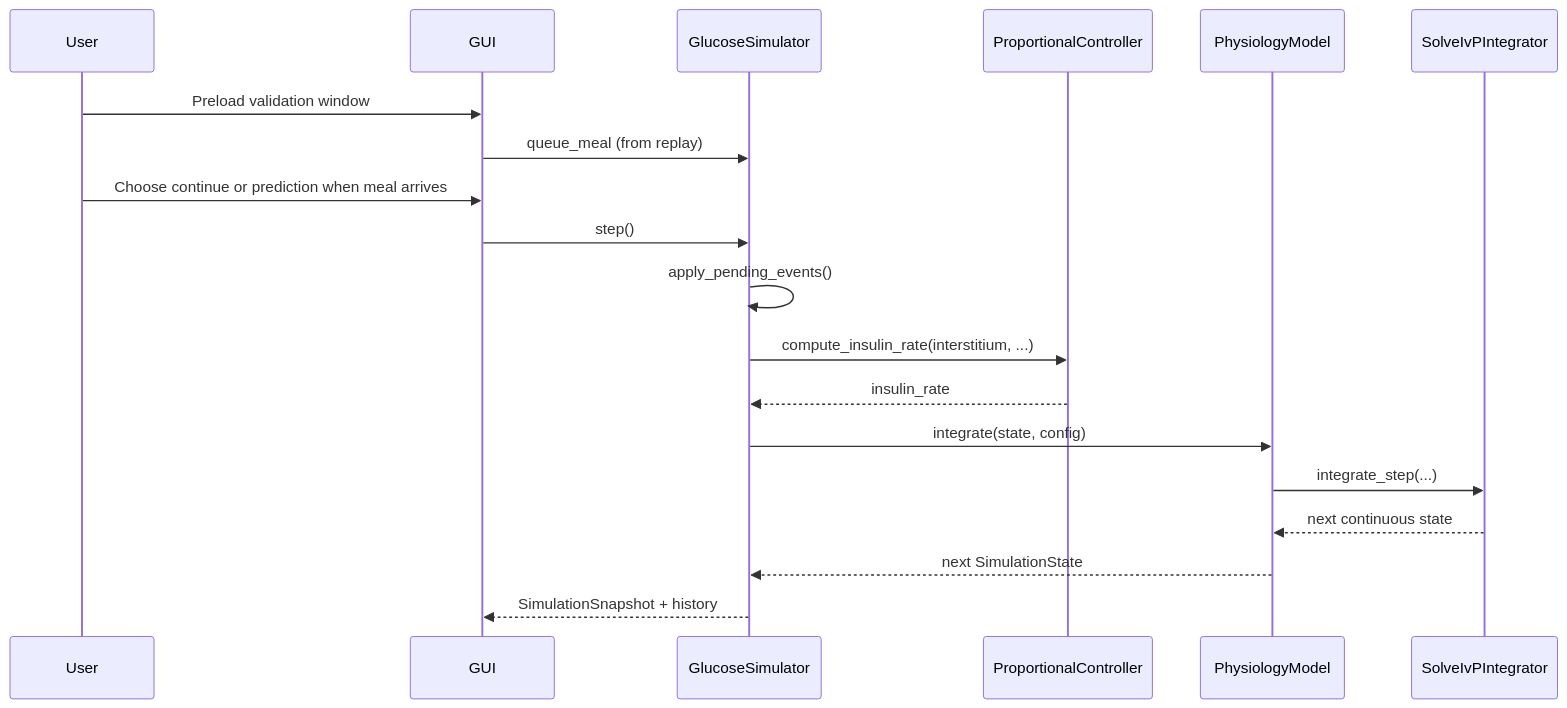
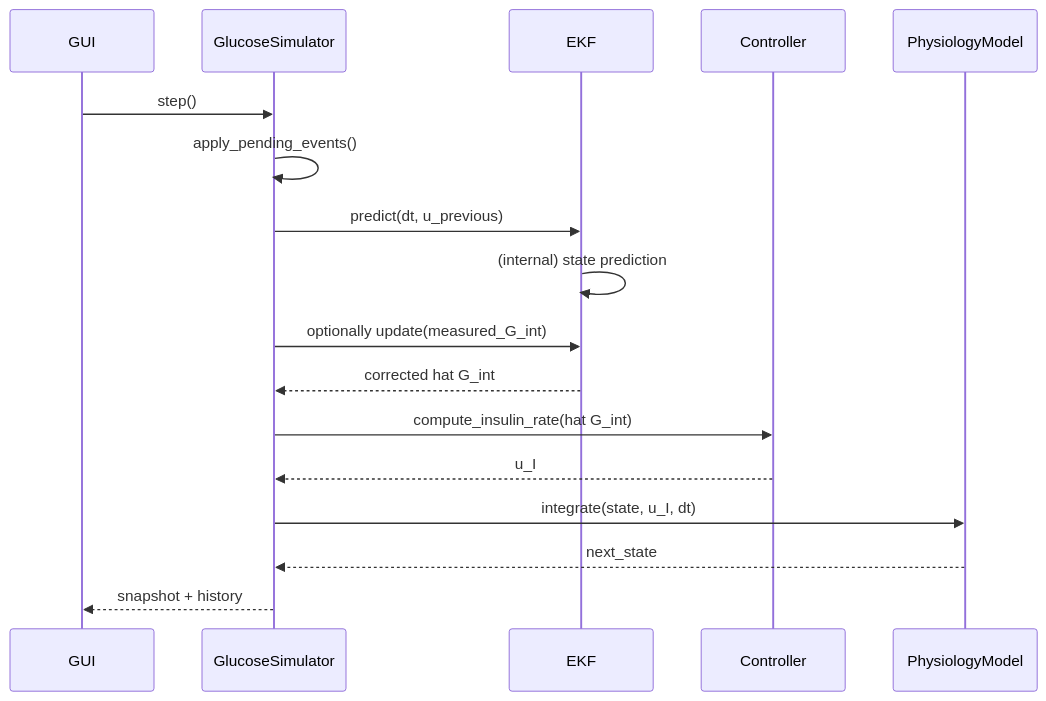
One commit to listi634/DT_BloodSugar_Insulin_Team1 changed the diagram in project_files/simulation_summary.md. Above: the diagram before and after it, drawn with Mermaid. The commit also changed other lines of this file and 5 other files, not shown here.

````diff
--- a/project_files/simulation_summary.md
+++ b/project_files/simulation_summary.md
@@ -101,22 +44,20 @@
 ```mermaid
 sequenceDiagram
-    participant User
-    participant GUI
-    participant Sim as GlucoseSimulator
-    participant Ctrl as ProportionalController
-    participant Model as PhysiologyModel
-    participant Int as SolveIvPIntegrator
+  participant GUI
+  participant Sim as GlucoseSimulator
+  participant Est as EKF
+  participant Ctrl as Controller
+  participant Model as PhysiologyModel
 
-    User->>GUI: Preload validation window
-    GUI->>Sim: queue_meal (from replay)
-    User->>GUI: Choose continue or prediction when meal arrives
-    GUI->>Sim: step()
-    Sim->>Sim: apply_pending_events()
-    Sim->>Ctrl: compute_insulin_rate(interstitium, ...)
-    Ctrl-->>Sim: insulin_rate
-    Sim->>Model: integrate(state, config)
-    Model->>Int: integrate_step(...)
-    Int-->>Model: next continuous state
-    Model-->>Sim: next SimulationState
-    Sim-->>GUI: SimulationSnapshot + history
+  GUI->>Sim: step()
+  Sim->>Sim: apply_pending_events()
+  Sim->>Est: predict(dt, u_previous)
+  Est->>Est: (internal) state prediction
+  Sim->>Est: optionally update(measured_G_int)
+  Est-->>Sim: corrected hat G_int
+  Sim->>Ctrl: compute_insulin_rate(hat G_int)
+  Ctrl-->>Sim: u_I
+  Sim->>Model: integrate(state, u_I, dt)
+  Model-->>Sim: next_state
+  Sim-->>GUI: snapshot + history
 ```
````
